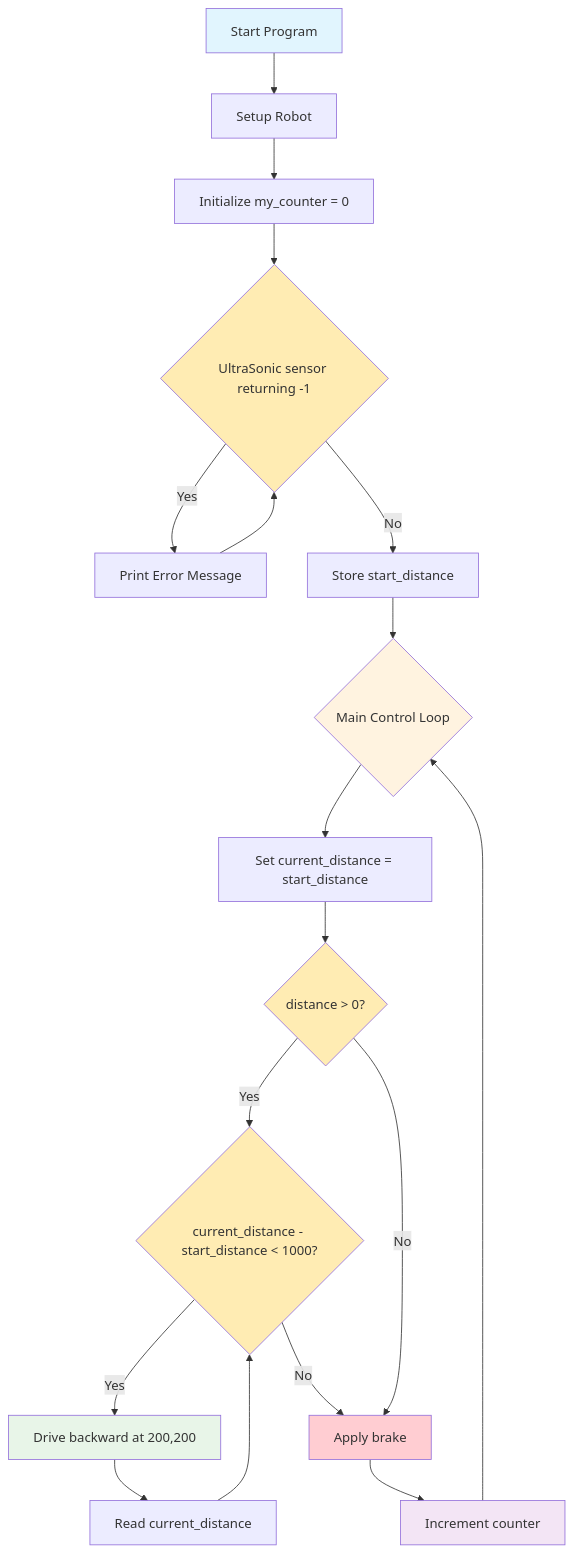
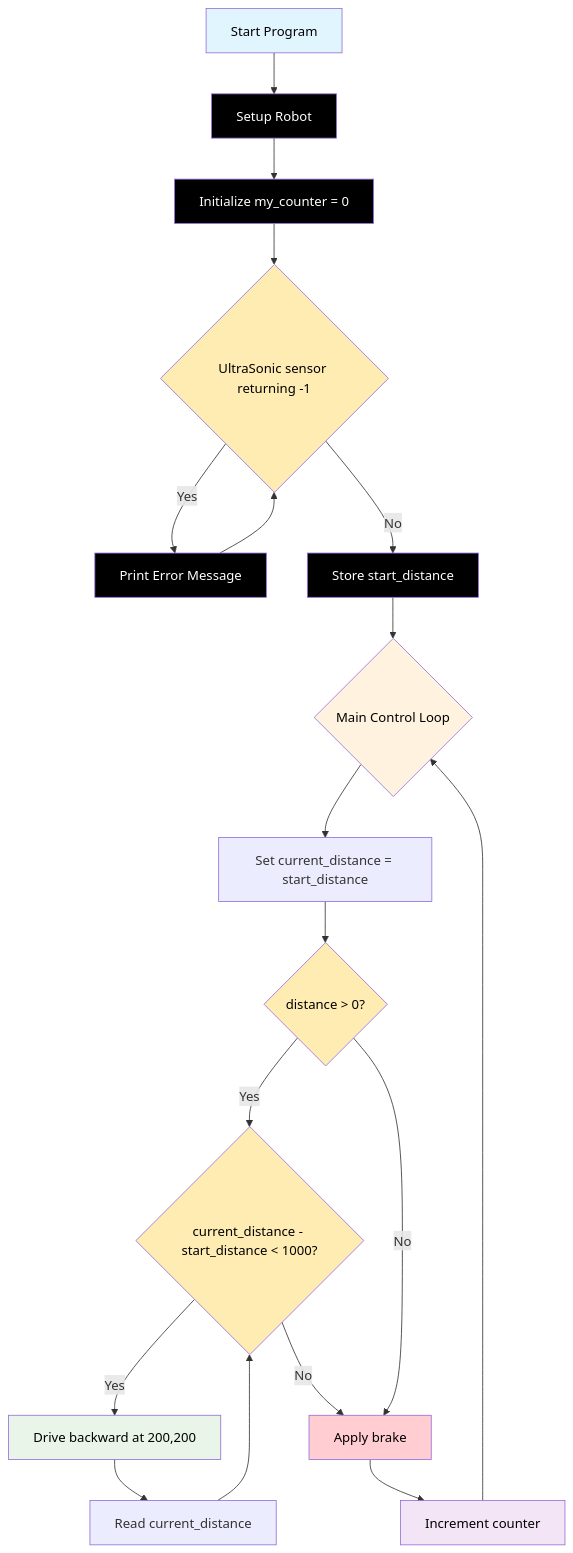
Before and after one commit to TempeHS/AIDriver_MicroPython_Challanges: the diagram in docs/Challenge_3.md, drawn with Mermaid. The commit also changed other lines of this file and 10 other files, not shown here.

````diff
--- a/docs/Challenge_3.md
+++ b/docs/Challenge_3.md
@@ -11,29 +16,33 @@
 ```mermaid
 flowchart TD
     A[Start Program] --> B[Setup Robot]
     B --> C[Initialize my_counter = 0]
     C --> D{UltraSonic sensor returning -1}
     D -->|Yes| E[Print Error Message]
     E --> D
     D -->|No| F[Store start_distance]
     F --> G{Main Control Loop}
     G --> H[Set current_distance = start_distance]
     H --> I{distance > 0?}
     I -->|Yes| J{current_distance - start_distance < 1000?}
     J -->|Yes| K[Drive backward at 200,200]
     K --> L[Read current_distance]
     L --> J
     J -->|No| M[Apply brake]
     I -->|No| M
     M --> N[Increment counter]
     N --> G
 
-    style A fill:#e1f5fe
-    style D fill:#ffecb3
-    style G fill:#fff3e0
-    style I fill:#ffecb3
-    style J fill:#ffecb3
-    style K fill:#e8f5e8
-    style M fill:#ffcdd2
-    style N fill:#f3e5f5
+    style A fill:#e1f5fe, color:#000000
+    style B fill:#000000, color:#ffffff
+    style C fill:#000000, color:#ffffff
+    style D fill:#ffecb3, color:#000000
+    style E fill:#000000, color:#ffffff
+    style F fill:#000000, color:#ffffff
+    style G fill:#fff3e0, color:#000000
+    style I fill:#ffecb3, color:#000000
+    style J fill:#ffecb3, color:#000000
+    style K fill:#e8f5e8, color:#000000
+    style M fill:#ffcdd2, color:#000000
+    style N fill:#f3e5f5, color:#000000
 ```
````
